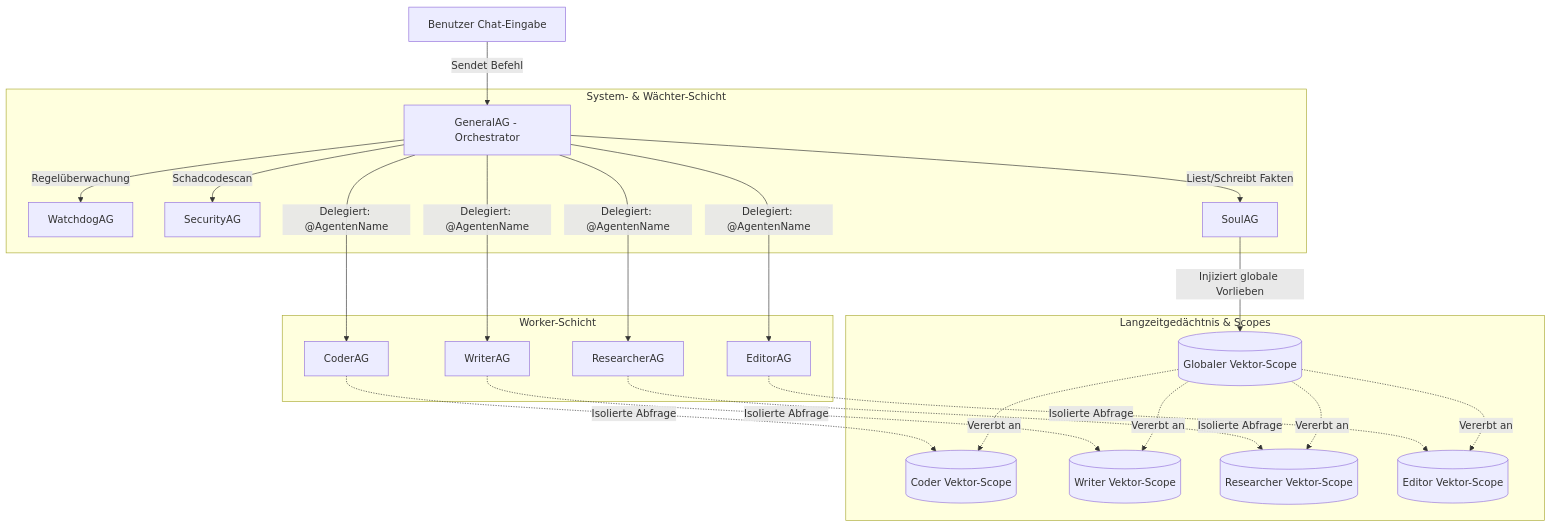
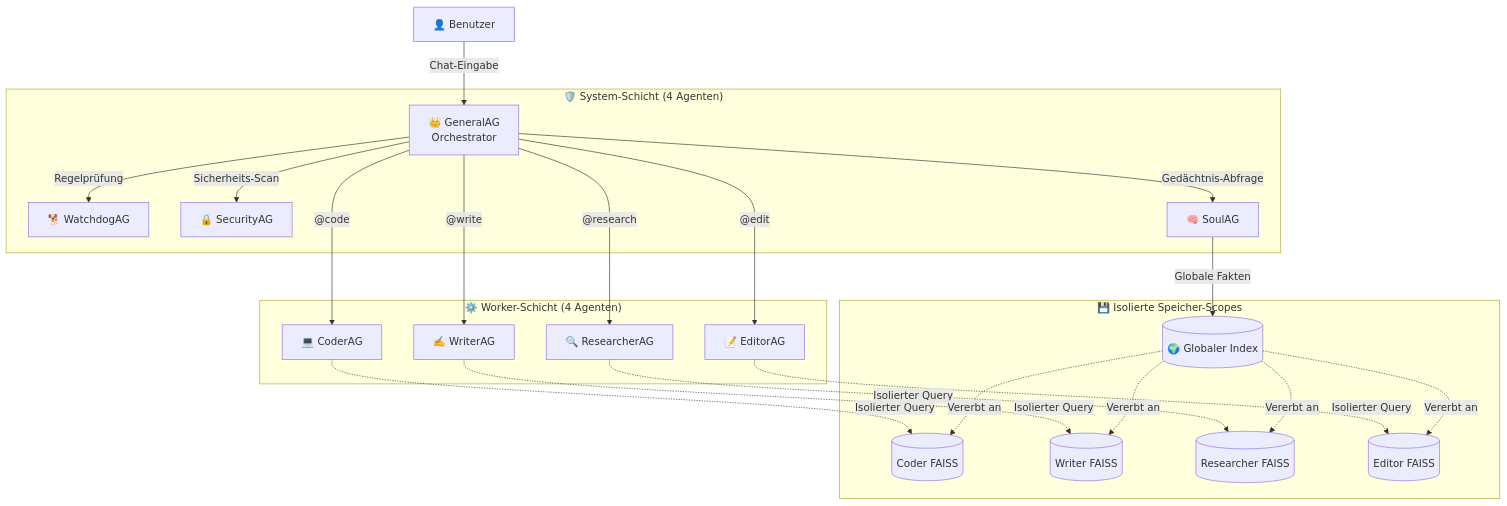
The second of 2 diagrams in README.de.md (landjunge/Gnom-Hub-Clean), drawn with Mermaid before and after one commit. The commit also changed other lines of this file, not shown here.

````diff
--- a/README.de.md
+++ b/README.de.md
@@ -64,29 +102,29 @@
 ```mermaid
 graph TD
-    U[Benutzer Chat-Eingabe] -->|Sendet Befehl| G[GeneralAG - Orchestrator]
+    U["👤 Benutzer"] -->|Chat-Eingabe| G["👑 GeneralAG<br/>Orchestrator"]
     
-    subgraph System [System- & Wächter-Schicht]
-        G -->|Regelüberwachung| W[WatchdogAG]
-        G -->|Schadcodescan| S[SecurityAG]
-        G -->|Liest/Schreibt Fakten| So[SoulAG]
+    subgraph Admin ["🛡️ System-Schicht (4 Agenten)"]
+        G -->|"Regelprüfung"| W["🐕 WatchdogAG"]
+        G -->|"Sicherheits-Scan"| S["🔒 SecurityAG"]
+        G -->|"Gedächtnis-Abfrage"| So["🧠 SoulAG"]
     end
 
-    subgraph Workers [Worker-Schicht]
-        G -->|Delegiert: @AgentenName| C[CoderAG]
-        G -->|Delegiert: @AgentenName| Wr[WriterAG]
-        G -->|Delegiert: @AgentenName| R[ResearcherAG]
-        G -->|Delegiert: @AgentenName| E[EditorAG]
+    subgraph Workers ["⚙️ Worker-Schicht (4 Agenten)"]
+        G -->|"@code"| C["💻 CoderAG"]
+        G -->|"@write"| Wr["✍️ WriterAG"]
+        G -->|"@research"| R["🔍 ResearcherAG"]
+        G -->|"@edit"| E["📝 EditorAG"]
     end
 
-    subgraph Memory [Langzeitgedächtnis & Scopes]
-        So -->|Injiziert globale Vorlieben| GS[(Globaler Vektor-Scope)]
-        C -.->|Isolierte Abfrage| MC[(Coder Vektor-Scope)]
-        Wr -.->|Isolierte Abfrage| MWr[(Writer Vektor-Scope)]
-        R -.->|Isolierte Abfrage| MR[(Researcher Vektor-Scope)]
-        E -.->|Isolierte Abfrage| ME[(Editor Vektor-Scope)]
-        GS -.->|Vererbt an| MC
-        GS -.->|Vererbt an| MWr
-        GS -.->|Vererbt an| MR
-        GS -.->|Vererbt an| ME
+    subgraph Memory ["💾 Isolierte Speicher-Scopes"]
+        So -->|"Globale Fakten"| GS[("🌍 Globaler Index")]
+        C -.->|"Isolierter Query"| MC[("Coder FAISS")]
+        Wr -.->|"Isolierter Query"| MWr[("Writer FAISS")]
+        R -.->|"Isolierter Query"| MR[("Researcher FAISS")]
+        E -.->|"Isolierter Query"| ME[("Editor FAISS")]
+        GS -.->|"Vererbt an"| MC
+        GS -.->|"Vererbt an"| MWr
+        GS -.->|"Vererbt an"| MR
+        GS -.->|"Vererbt an"| ME
     end
 ```
````
